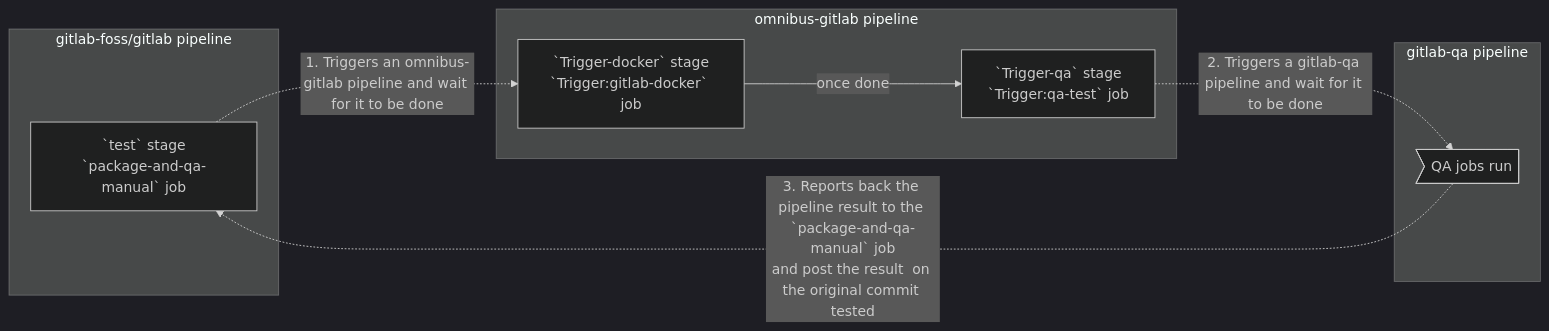
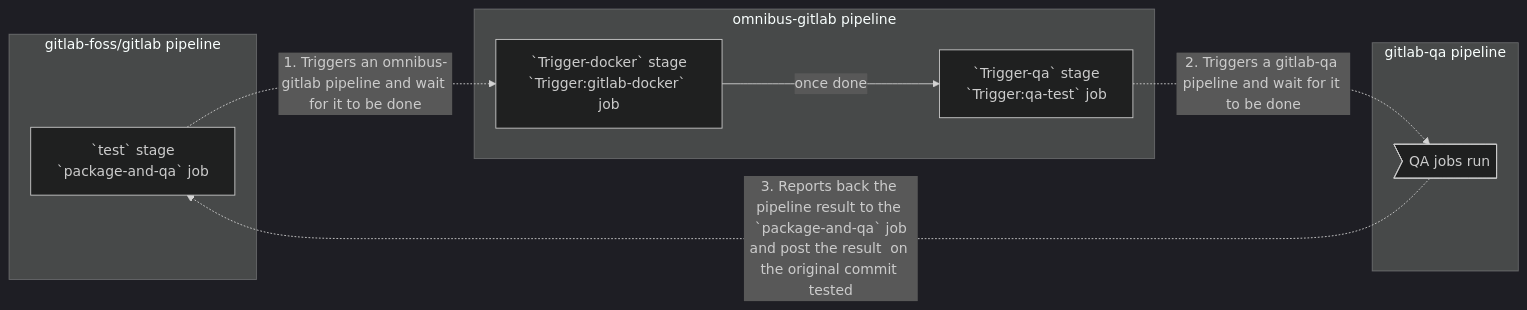
The diagram in doc/development/testing_guide/end_to_end/index.md (nickbrandt/GitLab), drawn with Mermaid (dark theme) before and after one commit. The commit also changed other lines of this file and 5 other files, not shown here.

````diff
--- a/doc/development/testing_guide/end_to_end/index.md
+++ b/doc/development/testing_guide/end_to_end/index.md
@@ -50,17 +50,17 @@
 ```mermaid
 graph LR
     A1 -.->|1. Triggers an omnibus-gitlab pipeline and wait for it to be done| A2
     B2[`Trigger-qa` stage<br>`Trigger:qa-test` job] -.->|2. Triggers a gitlab-qa pipeline and wait for it to be done| A3
 
 subgraph "gitlab-foss/gitlab pipeline"
-    A1[`test` stage<br>`package-and-qa-manual` job]
+    A1[`test` stage<br>`package-and-qa` job]
     end
 
 subgraph "omnibus-gitlab pipeline"
     A2[`Trigger-docker` stage<br>`Trigger:gitlab-docker` job] -->|once done| B2
     end
 
 subgraph "gitlab-qa pipeline"
-    A3>QA jobs run] -.->|3. Reports back the pipeline result to the `package-and-qa-manual` job<br>and post the result  on the original commit tested| A1
+    A3>QA jobs run] -.->|3. Reports back the pipeline result to the `package-and-qa` job<br>and post the result  on the original commit tested| A1
     end
 ```
````
